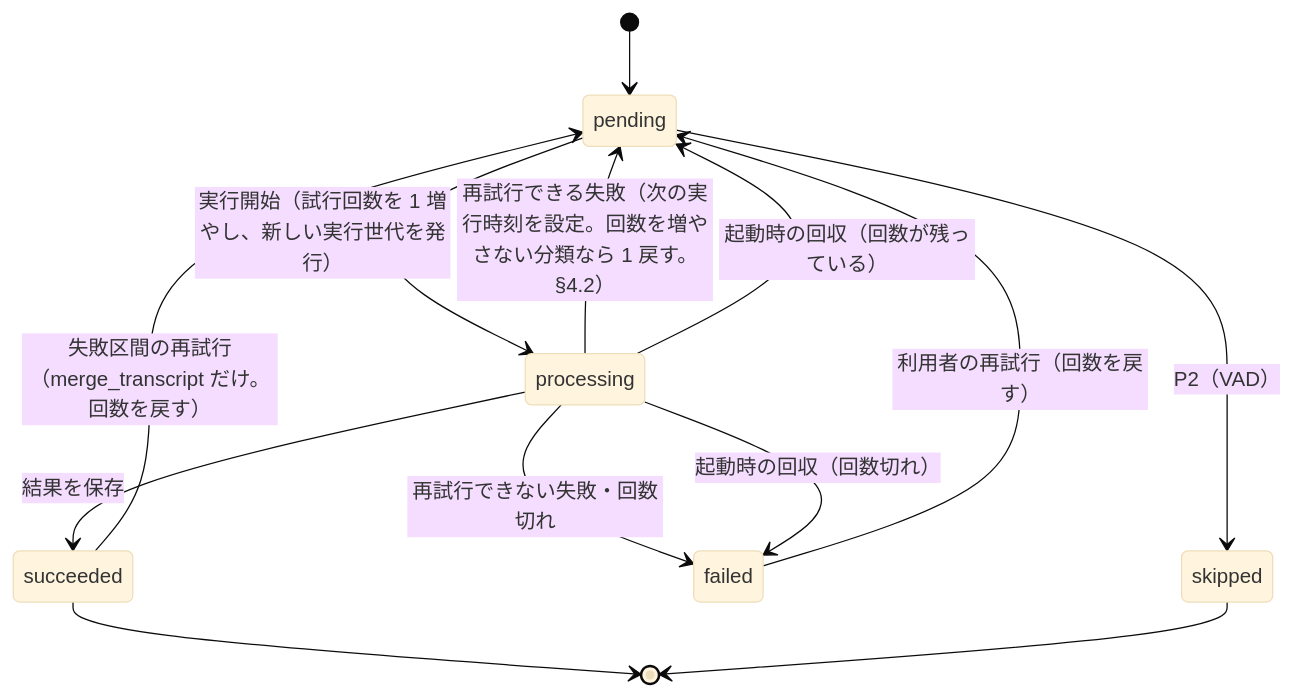
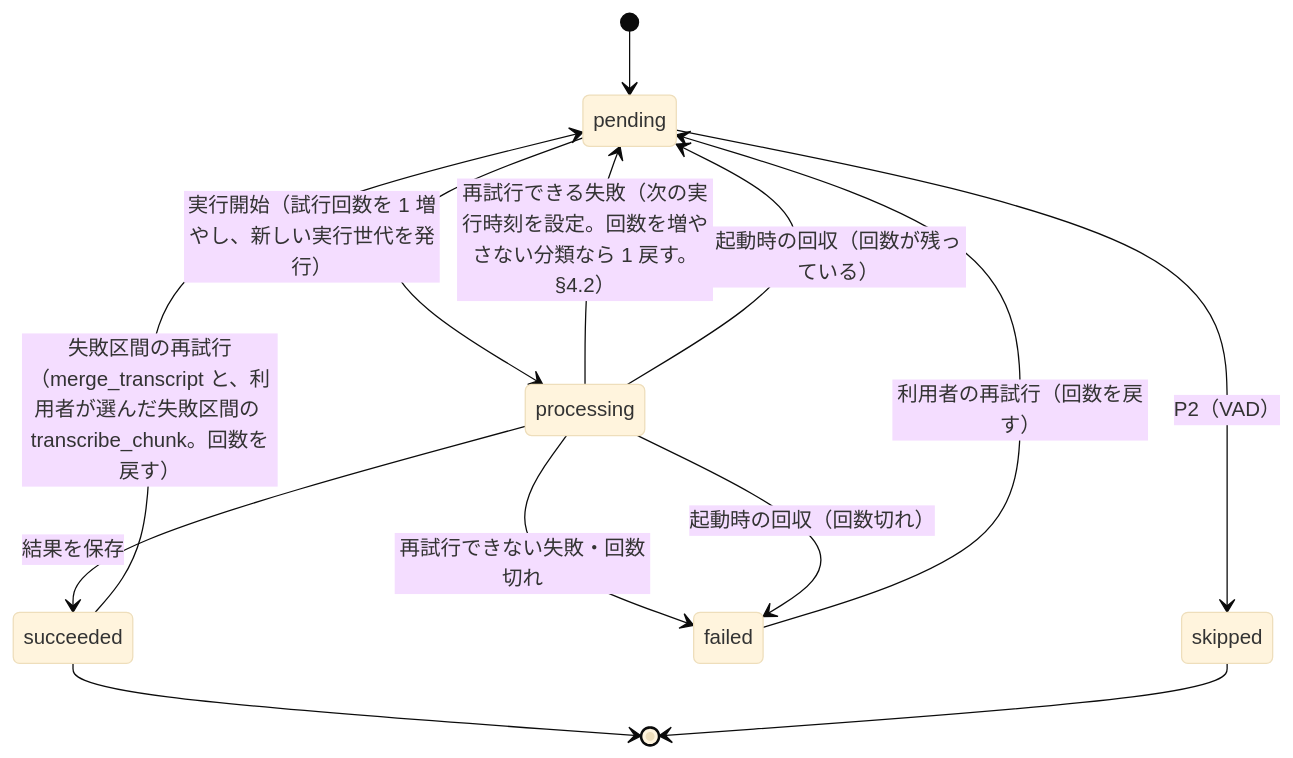
One commit to myoshi2891/Minutes-Mobile changed the second of 2 diagrams in docs/02-basic-design/transcription.md. Above: the diagram before and after it, drawn with Mermaid (base theme). The commit also changed other lines of this file, not shown here.

Commit message:
docs(design): 再試行時に選んだ失敗区間の succeeded 行も pending に戻す仕様を具体化 (transcription)

````diff
--- a/docs/02-basic-design/transcription.md
+++ b/docs/02-basic-design/transcription.md
@@ -114,15 +114,15 @@
 ```mermaid
 stateDiagram-v2
     [*] --> pending
     pending --> processing: 実行開始（試行回数を 1 増やし、新しい実行世代を発行）
     processing --> succeeded: 結果を保存
     processing --> pending: 再試行できる失敗（次の実行時刻を設定。回数を増やさない分類なら 1 戻す。§4.2）
     processing --> failed: 再試行できない失敗・回数切れ
     processing --> pending: 起動時の回収（回数が残っている）
     processing --> failed: 起動時の回収（回数切れ）
     failed --> pending: 利用者の再試行（回数を戻す）
-    succeeded --> pending: 失敗区間の再試行（merge_transcript だけ。回数を戻す）
+    succeeded --> pending: 失敗区間の再試行（merge_transcript と、利用者が選んだ失敗区間の transcribe_chunk。回数を戻す）
     pending --> skipped: P2（VAD）
     succeeded --> [*]
     skipped --> [*]
 ```
````
